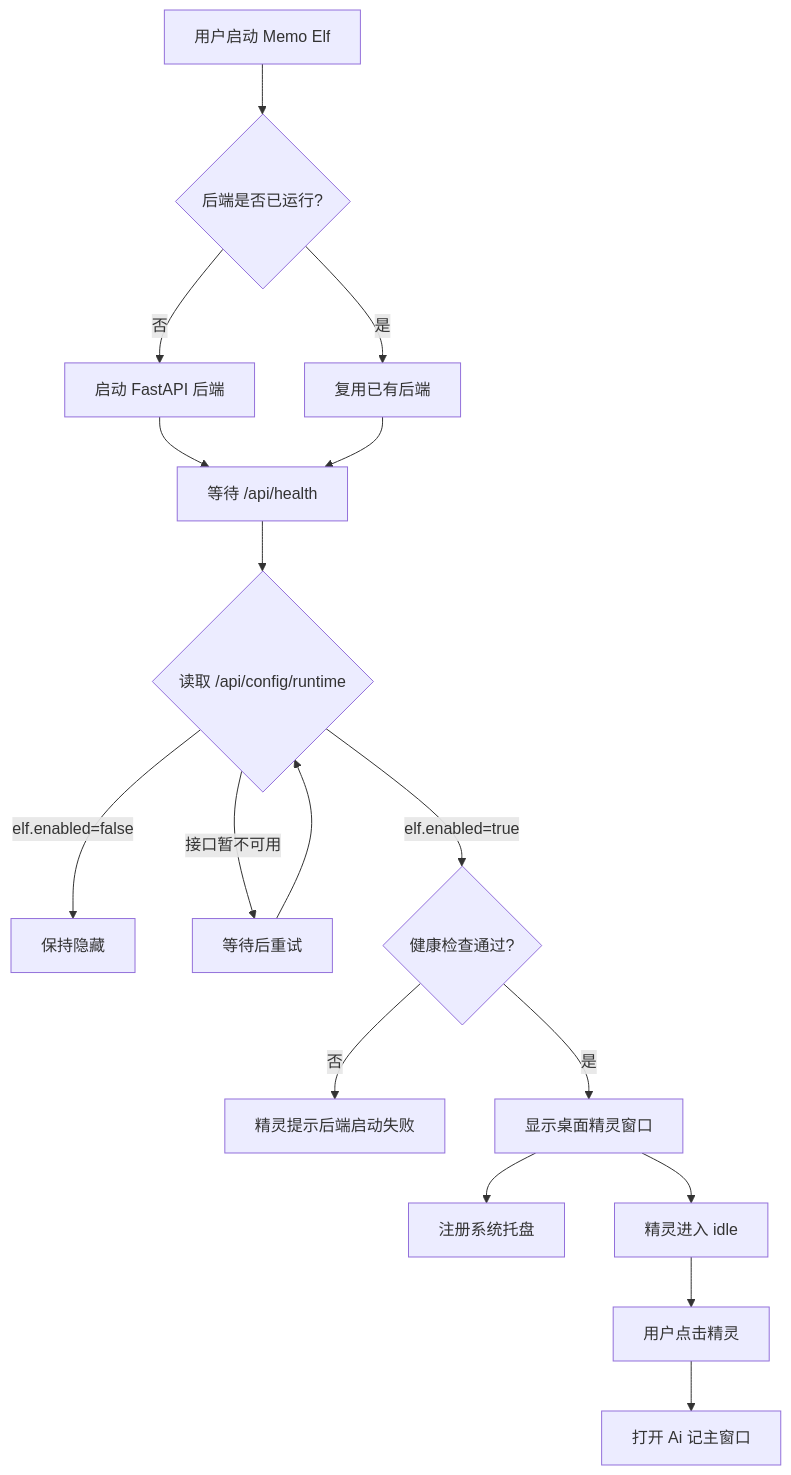
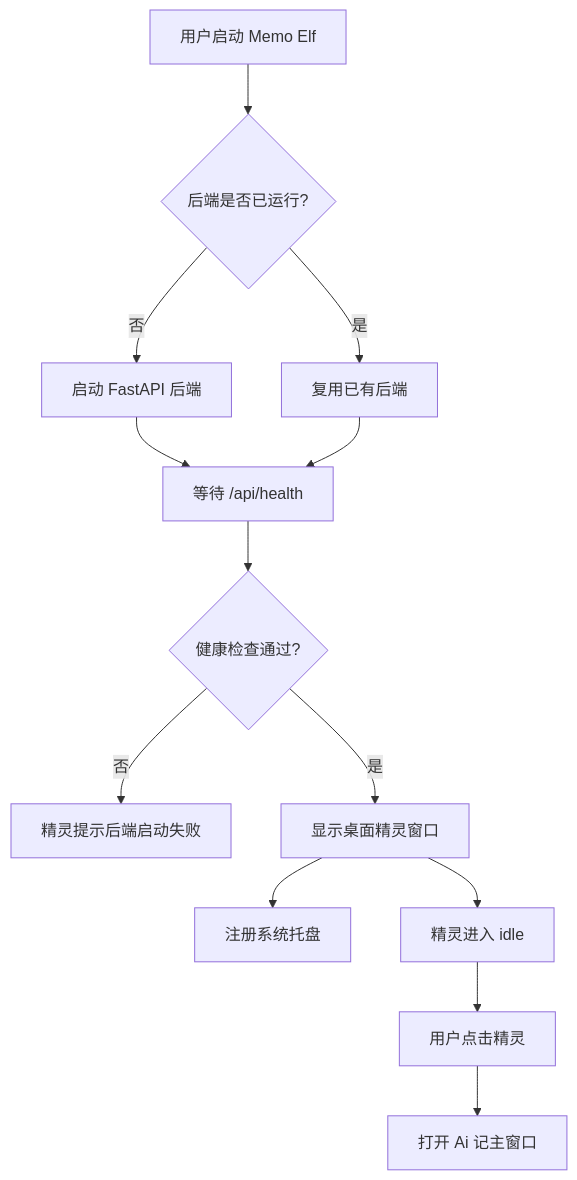
The first of 2 diagrams in docs/desktop/memo-elf-desktop-architecture.md (LiuJiaxuan1024/AiMemo), drawn with Mermaid before and after one commit. The commit also changed other lines of this file and 34 other files, not shown here.

````diff
--- a/docs/desktop/memo-elf-desktop-architecture.md
+++ b/docs/desktop/memo-elf-desktop-architecture.md
@@ -217,19 +216,15 @@
 ```mermaid
 flowchart TD
   Start[用户启动 Memo Elf] --> CheckBackend{后端是否已运行?}
   CheckBackend -->|是| UseBackend[复用已有后端]
   CheckBackend -->|否| StartBackend[启动 FastAPI 后端]
   StartBackend --> WaitHealth[等待 /api/health]
   UseBackend --> WaitHealth
-  WaitHealth --> Config{读取 /api/config/runtime}
-  Config -->|elf.enabled=false| Hidden[保持隐藏]
-  Config -->|接口暂不可用| Retry[等待后重试]
-  Retry --> Config
-  Config -->|elf.enabled=true| BackendOk{健康检查通过?}
+  WaitHealth --> BackendOk{健康检查通过?}
   BackendOk -->|否| ShowError[精灵提示后端启动失败]
   BackendOk -->|是| OpenElf[显示桌面精灵窗口]
   OpenElf --> Tray[注册系统托盘]
   OpenElf --> Ready[精灵进入 idle]
   Ready --> UserClick[用户点击精灵]
   UserClick --> OpenMain[打开 Ai 记主窗口]
 ```
````
